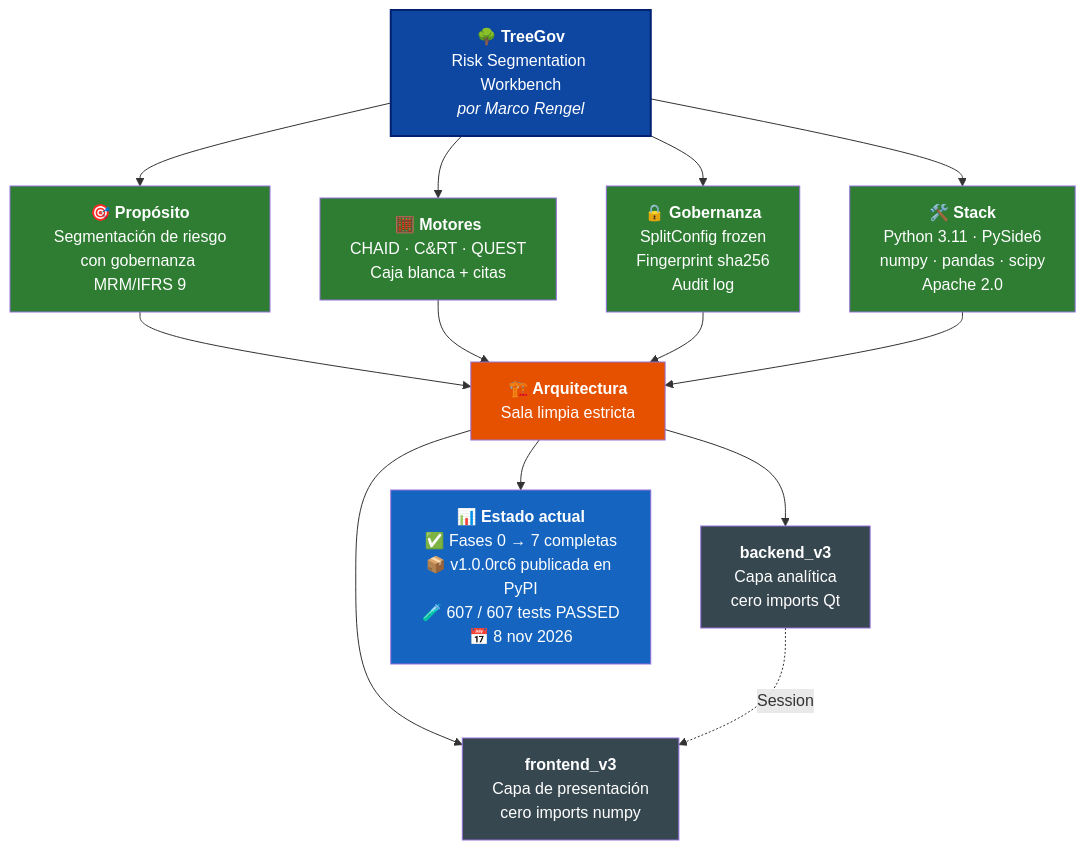
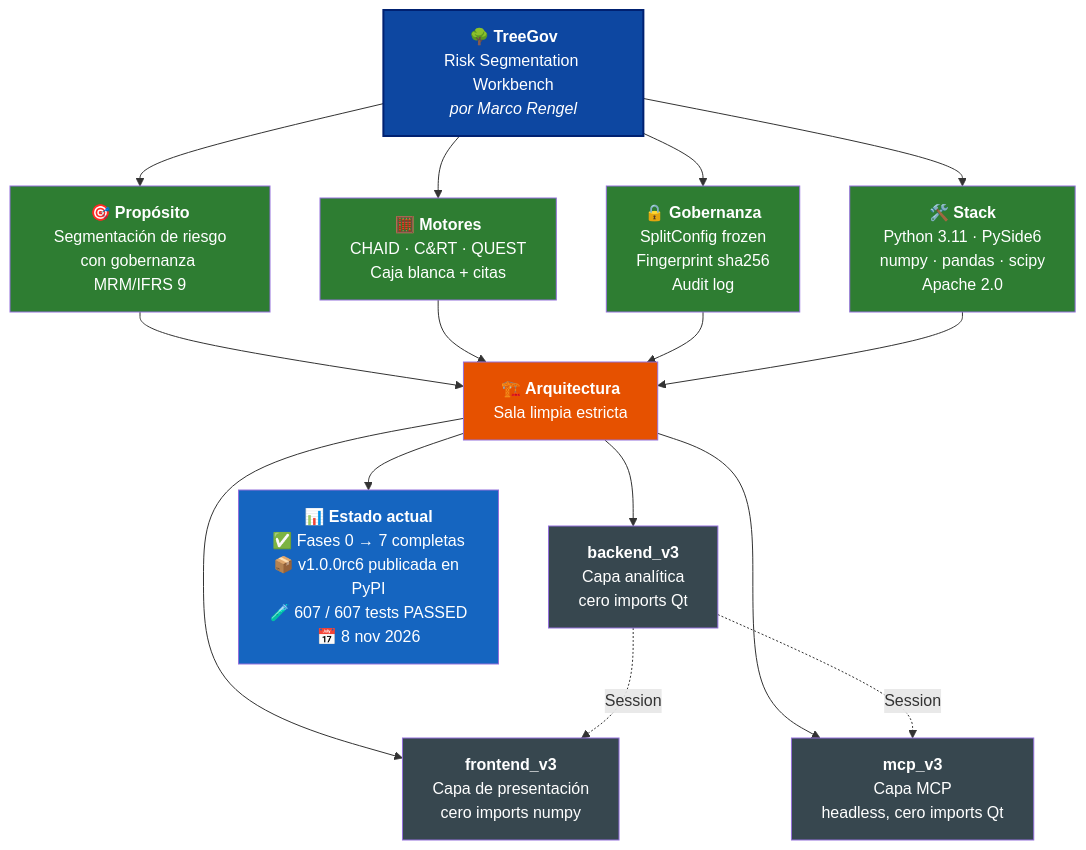
One commit to Marco-Rengel/treegov changed the diagram in README.es.md. Above: the diagram before and after it, drawn with Mermaid. The commit also changed other lines of this file and 26 other files, not shown here.

````diff
--- a/README.es.md
+++ b/README.es.md
@@ -38,31 +38,34 @@
 ```mermaid
 flowchart TB
     TG["<b>🌳 TreeGov</b><br/>Risk Segmentation Workbench<br/><i>por Marco Rengel</i>"]
 
     TG --> P["<b>🎯 Propósito</b><br/>Segmentación de riesgo<br/>con gobernanza MRM/IFRS 9"]
     TG --> M["<b>🧮 Motores</b><br/>CHAID · C&RT · QUEST<br/>Caja blanca + citas"]
     TG --> G["<b>🔒 Gobernanza</b><br/>SplitConfig frozen<br/>Fingerprint sha256<br/>Audit log"]
     TG --> S["<b>🛠️ Stack</b><br/>Python 3.11 · PySide6<br/>numpy · pandas · scipy<br/>Apache 2.0"]
 
     P --> ARQ["<b>🏗️ Arquitectura</b><br/>Sala limpia estricta"]
     M --> ARQ
     G --> ARQ
     S --> ARQ
 
     ARQ --> BE["<b>backend_v3</b><br/>Capa analítica<br/>cero imports Qt"]
     ARQ --> FE["<b>frontend_v3</b><br/>Capa de presentación<br/>cero imports numpy"]
+    ARQ --> MC["<b>mcp_v3</b><br/>Capa MCP<br/>headless, cero imports Qt"]
 
     BE -.->|Session| FE
+    BE -.->|Session| MC
 
     ARQ --> ST["<b>📊 Estado actual</b><br/>✅ Fases 0 → 7 completas<br/>📦 v1.0.0rc6 publicada en PyPI<br/>🧪 607 / 607 tests PASSED<br/>📅 8 nov 2026"]
 
     style TG fill:#0D47A1,color:#fff,stroke:#002171,stroke-width:2px
     style P fill:#2E7D32,color:#fff
     style M fill:#2E7D32,color:#fff
     style G fill:#2E7D32,color:#fff
     style S fill:#2E7D32,color:#fff
     style ARQ fill:#E65100,color:#fff
     style BE fill:#37474F,color:#fff
     style FE fill:#37474F,color:#fff
+    style MC fill:#37474F,color:#fff
     style ST fill:#1565C0,color:#fff
 ```
````
